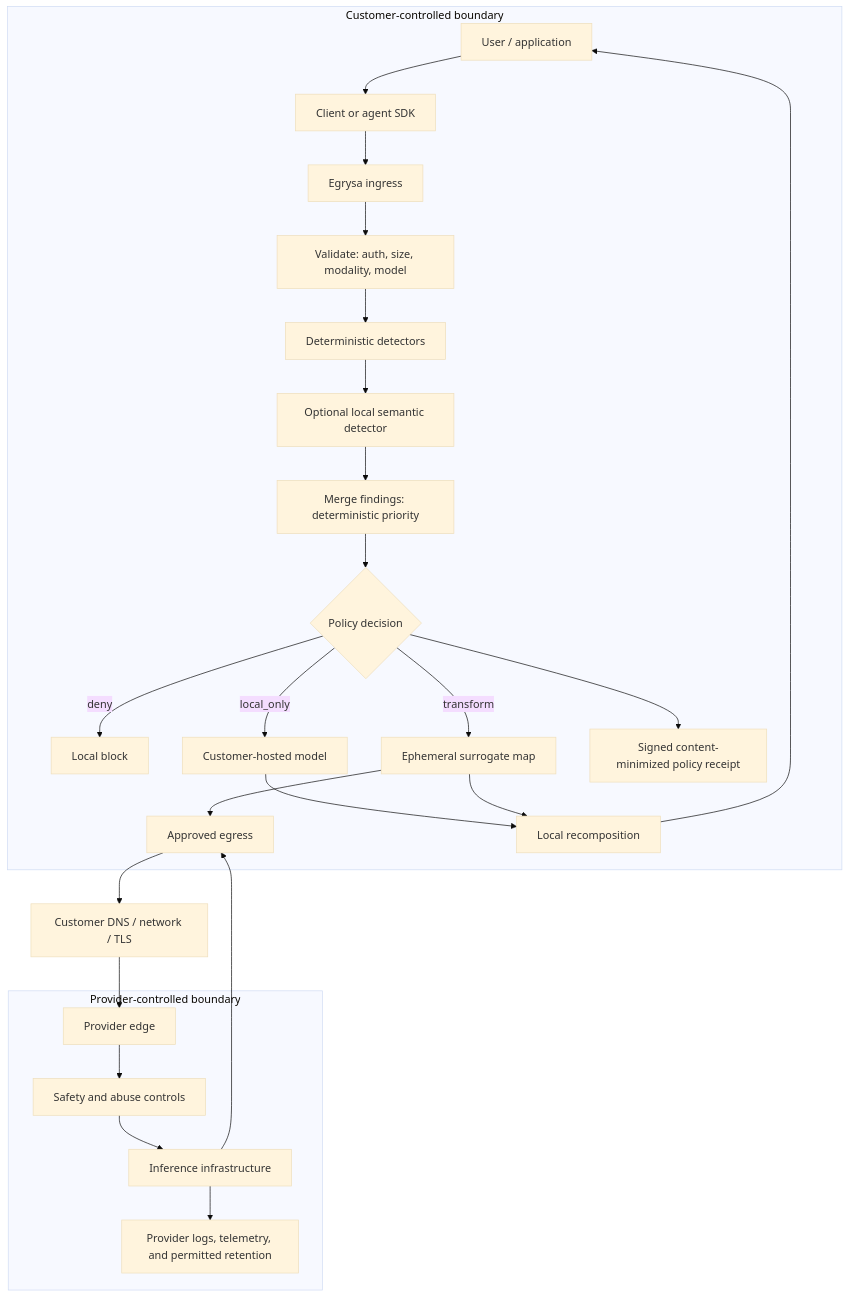
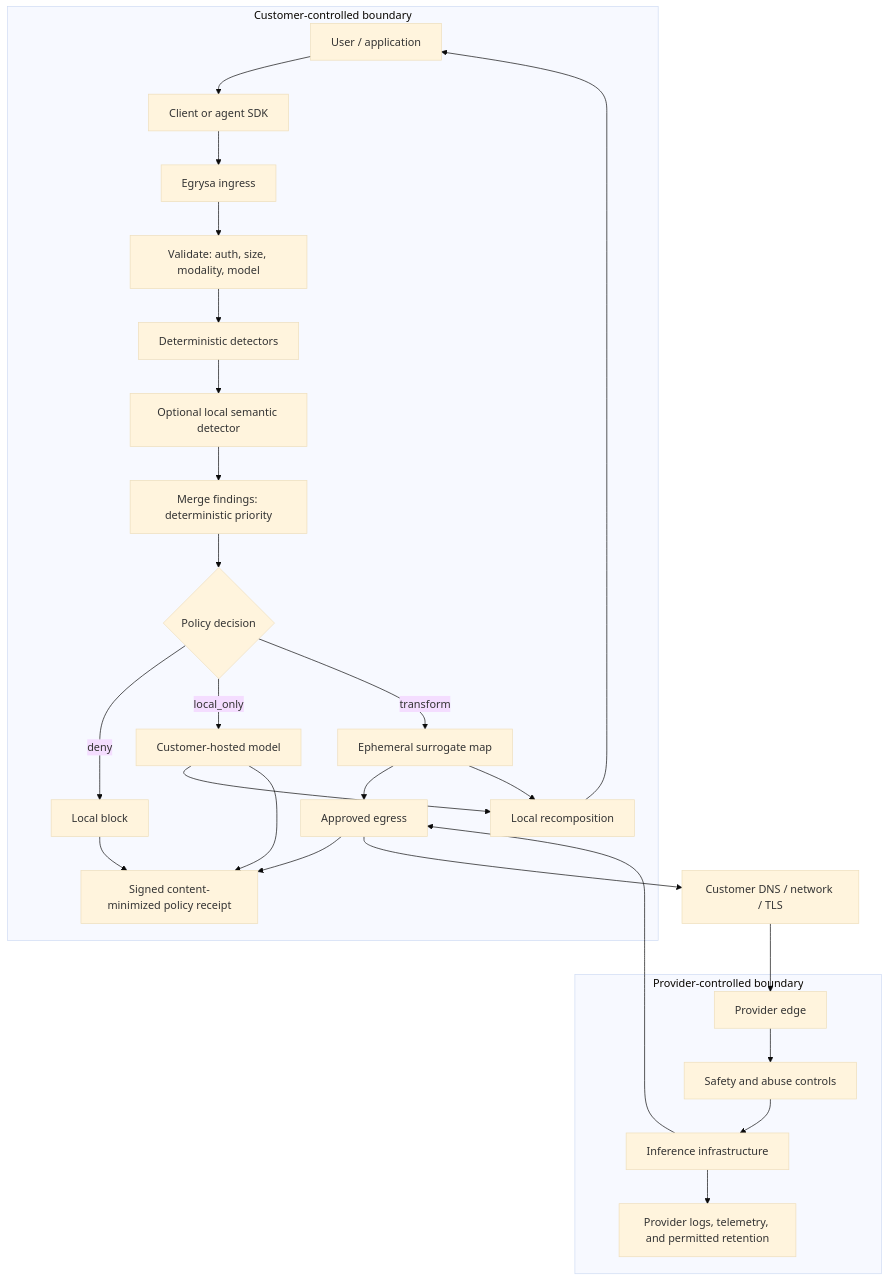
One commit to sundeep229211/egrysa changed the diagram in docs/ARCHITECTURE.md. Above: the diagram before and after it, drawn with Mermaid (base theme). The commit also changed other lines of this file and 22 other files, not shown here.

````diff
--- a/docs/ARCHITECTURE.md
+++ b/docs/ARCHITECTURE.md
@@ -5,29 +5,31 @@
 ```mermaid
 flowchart TB
     subgraph Customer["Customer-controlled boundary"]
       U["User / application"] --> SDK["Client or agent SDK"]
       SDK --> G["Egrysa ingress"]
       G --> V["Validate: auth, size, modality, model"]
       V --> D["Deterministic detectors"]
       D --> SD["Optional local semantic detector"]
       SD --> C["Merge findings: deterministic priority"]
       C --> P{"Policy decision"}
       P -->|"deny"| B["Local block"]
       P -->|"local_only"| LM["Customer-hosted model"]
       P -->|"transform"| SV["Ephemeral surrogate map"]
       SV --> E["Approved egress"]
       LM --> RC["Local recomposition"]
       SV --> RC
       RC --> U
-      P --> PR["Signed content-minimized policy receipt"]
+      B --> PR["Signed content-minimized policy receipt"]
+      E --> PR
+      LM --> PR
     end
 
     E --> DNS["Customer DNS / network / TLS"]
     DNS --> EDGE["Provider edge"]
     subgraph Provider["Provider-controlled boundary"]
       EDGE --> SAFE["Safety and abuse controls"]
       SAFE --> INF["Inference infrastructure"]
       INF --> RET["Provider logs, telemetry, and permitted retention"]
     end
     INF --> E
 ```
````
